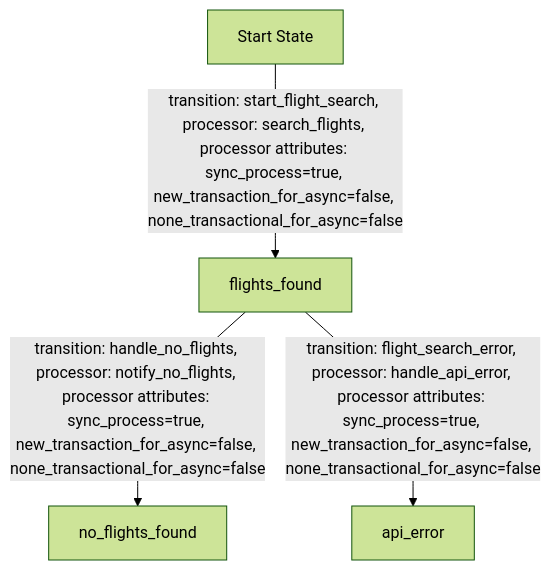
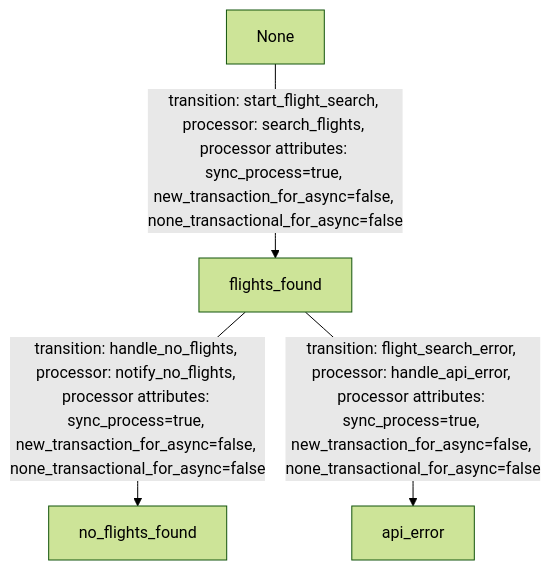
Before and after one commit to Cyoda-platform/quart-client-template: the first of 4 diagrams in entity/app_design_prd.md, drawn with Mermaid (forest theme).

````diff
--- a/entity/app_design_prd.md
+++ b/entity/app_design_prd.md
@@ -29,8 +29,8 @@
 ```mermaid
 flowchart TD
-    A[Start State] -->|transition: start_flight_search, processor: search_flights, processor attributes: sync_process=true, new_transaction_for_async=false, none_transactional_for_async=false| B[flights_found]
+    A[None] -->|transition: start_flight_search, processor: search_flights, processor attributes: sync_process=true, new_transaction_for_async=false, none_transactional_for_async=false| B[flights_found]
     B -->|transition: handle_no_flights, processor: notify_no_flights, processor attributes: sync_process=true, new_transaction_for_async=false, none_transactional_for_async=false| C[no_flights_found]
     B -->|transition: flight_search_error, processor: handle_api_error, processor attributes: sync_process=true, new_transaction_for_async=false, none_transactional_for_async=false| D[api_error]
 
     class A,B,C,D automated;
 ```
````
